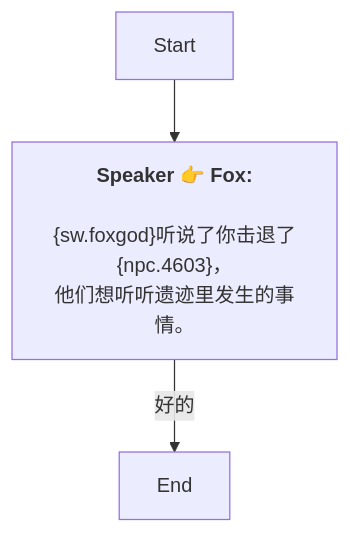
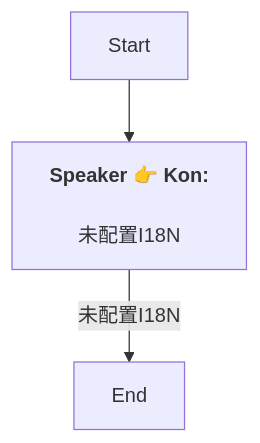
One commit to SoftHu/tos_avg changed the diagram in Zh/QuestStartTalkENode_1761913551980846.md. Above: the diagram before and after it, drawn with Mermaid. The commit also changed 730 other files, not shown here.

````diff
--- a/Zh/QuestStartTalkENode_1761913551980846.md
+++ b/Zh/QuestStartTalkENode_1761913551980846.md
@@ -1,8 +1,7 @@
 ```mermaid
 graph
-Start -->1761913589297457[<b>Speaker 👉 Fox:</b>
-\n&lbrace;sw.foxgod&rbrace;听说了你击退了&lbrace;npc.4603&rbrace;，
-他们想听听遗迹里发生的事情。]
-1761913589297457 -->|好的|1761913677739318[End]
+Start -->1761913589297457[<b>Speaker 👉 Kon:</b>
+\n未配置I18N]
+1761913589297457 -->|未配置I18N|1761913677739318[End]
 
 ```
````
